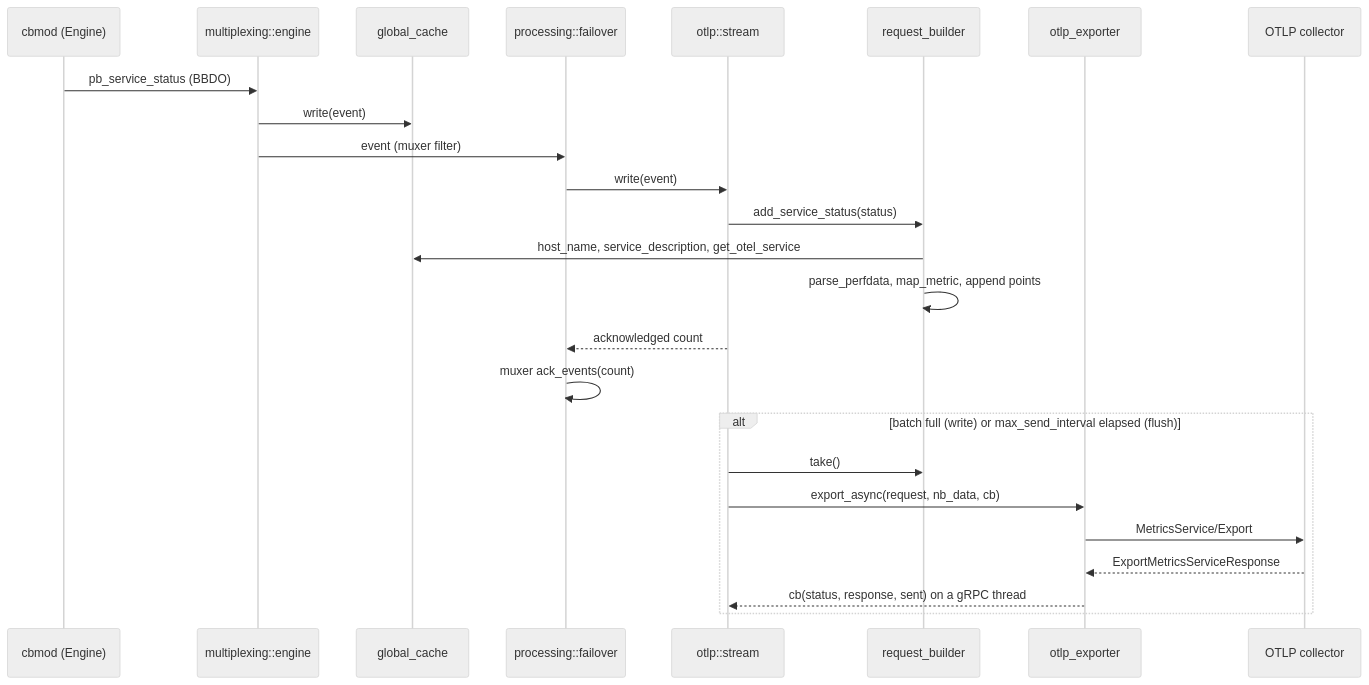
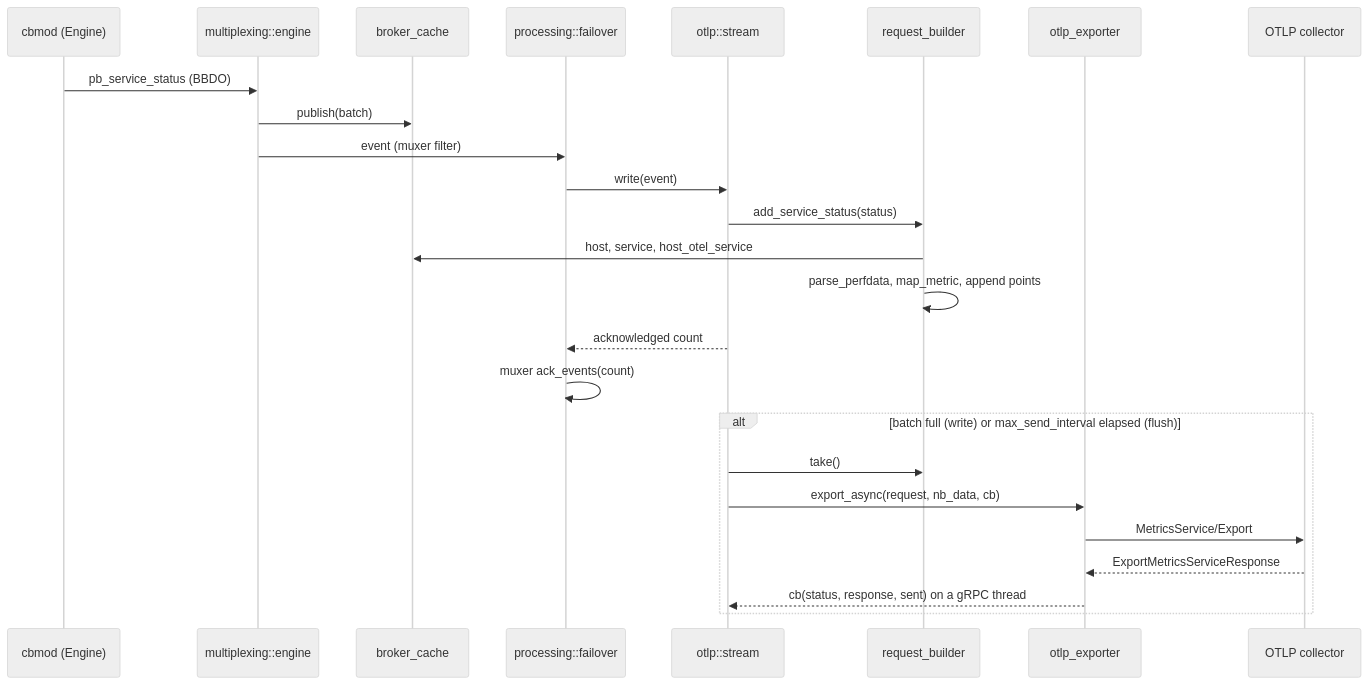
Before and after one commit to centreon/centreon-collect: the fourth of 5 diagrams in broker/doc/doc-otlp.md, drawn with Mermaid (neutral theme). The commit also changed other lines of this file and 3 other files, not shown here.

First line of the commit message:
docs(broker): broker_cache replaces the global cache in the documentation

````diff
--- a/broker/doc/doc-otlp.md
+++ b/broker/doc/doc-otlp.md
@@ -497,28 +496,28 @@
 ```mermaid
 sequenceDiagram
     participant CBM as cbmod (Engine)
     participant ME as multiplexing::engine
-    participant GC as global_cache
+    participant GC as broker_cache
     participant FO as processing::failover
     participant ST as otlp::stream
     participant RB as request_builder
     participant EX as otlp_exporter
     participant COL as OTLP collector
 
     CBM->>ME: pb_service_status (BBDO)
-    ME->>GC: write(event)
+    ME->>GC: publish(batch)
     ME->>FO: event (muxer filter)
     FO->>ST: write(event)
     ST->>RB: add_service_status(status)
-    RB->>GC: host_name, service_description, get_otel_service
+    RB->>GC: host, service, host_otel_service
     RB->>RB: parse_perfdata, map_metric, append points
     ST-->>FO: acknowledged count
     FO->>FO: muxer ack_events(count)
     alt batch full (write) or max_send_interval elapsed (flush)
         ST->>RB: take()
         ST->>EX: export_async(request, nb_data, cb)
         EX->>COL: MetricsService/Export
         COL-->>EX: ExportMetricsServiceResponse
         EX-->>ST: cb(status, response, sent) on a gRPC thread
     end
 ```
````
